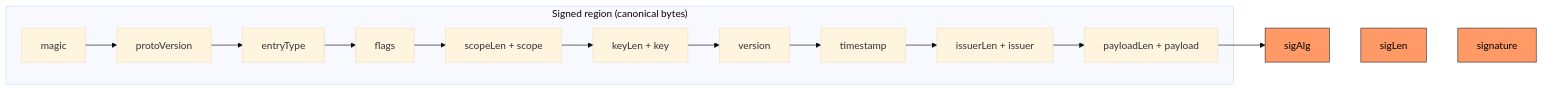
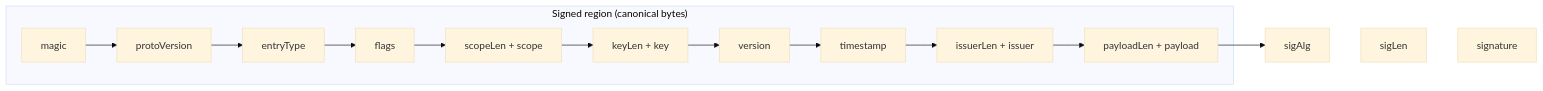
One commit to cyfko/veridot changed the second of 2 diagrams in docs/docs/protocol/v4/wire-format.md. Above: the diagram before and after it, drawn with Mermaid (base theme). The commit also changed 25 other files, not shown here.

First line of the commit message:
style: remove colorful fill styles from Mermaid diagrams

````diff
--- a/docs/docs/protocol/v4/wire-format.md
+++ b/docs/docs/protocol/v4/wire-format.md
@@ -121,20 +121,17 @@
 ```mermaid
 graph LR
     subgraph "Signed region (canonical bytes)"
         A[magic] --> B[protoVersion]
         B --> C[entryType]
         C --> D[flags]
         D --> E["scopeLen + scope"]
         E --> F["keyLen + key"]
         F --> G[version]
         G --> H[timestamp]
         H --> I["issuerLen + issuer"]
         I --> J["payloadLen + payload"]
     end
     K[sigAlg] ~~~ L[sigLen] ~~~ M[signature]
     J --> K
 
-    style K fill:#f96,stroke:#333,color:#000
-    style L fill:#f96,stroke:#333,color:#000
-    style M fill:#f96,stroke:#333,color:#000
 ```
````
